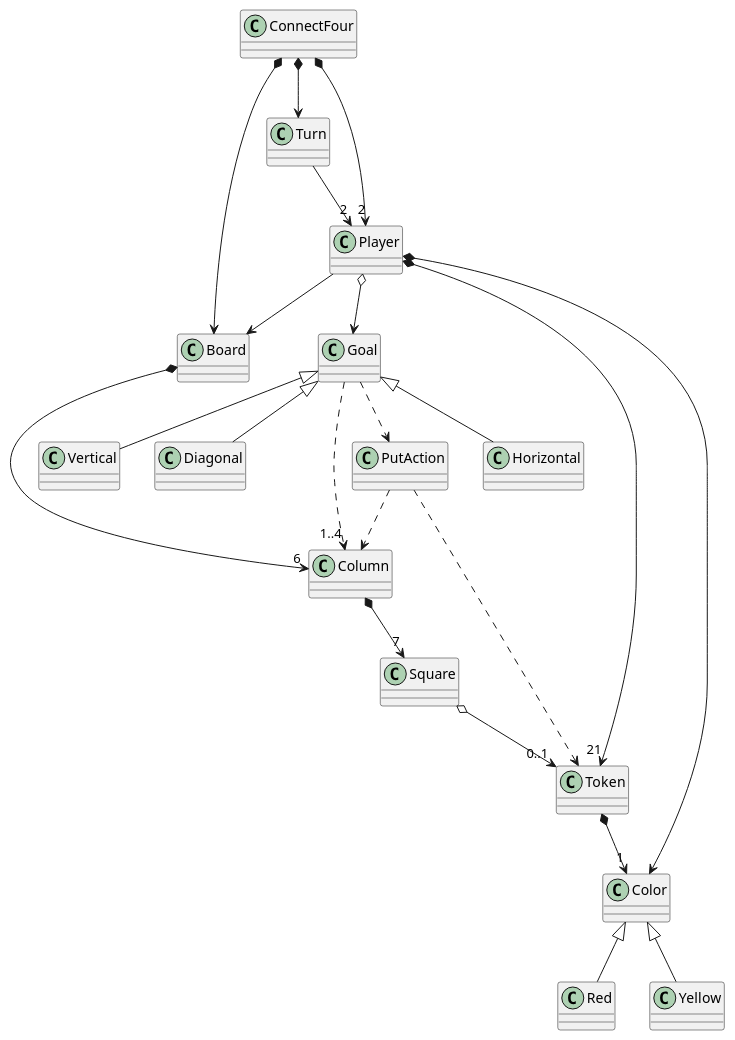
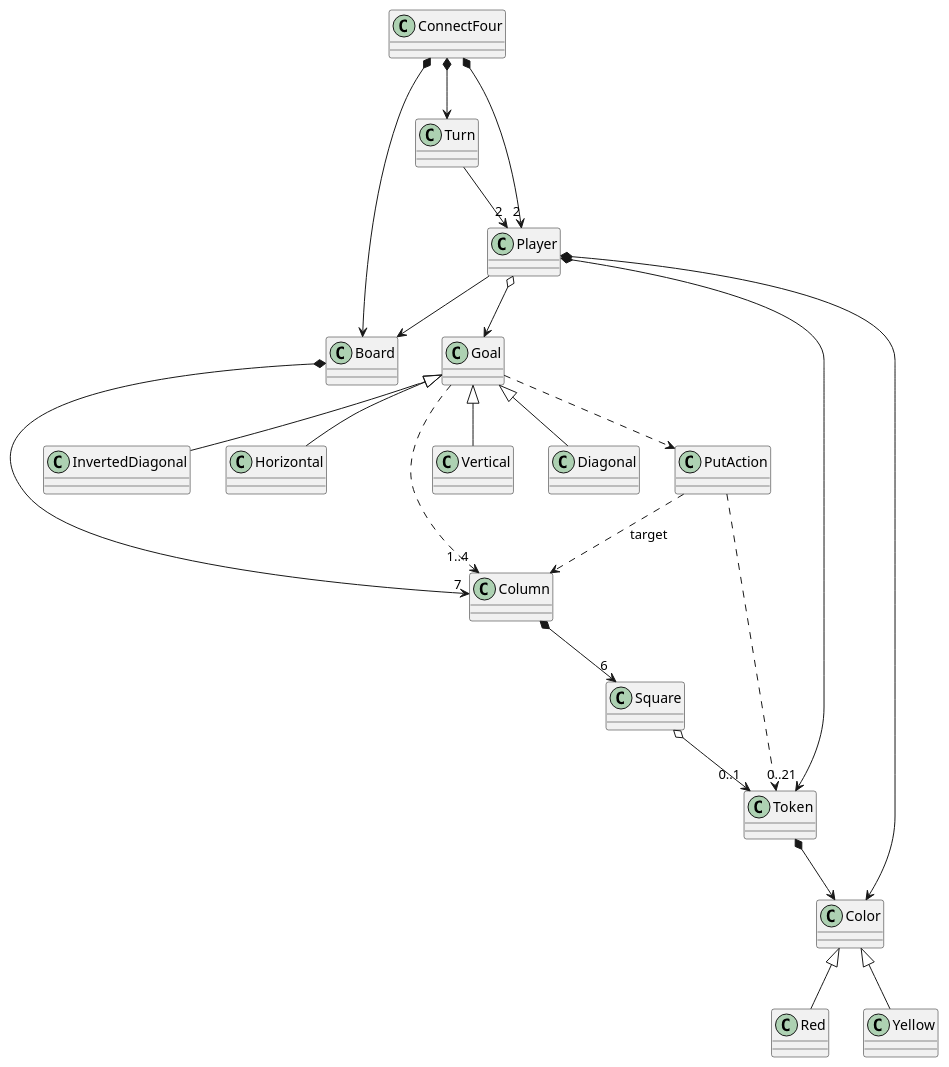
Before and after one commit to bate-ye-edo/IWVG-ConnectFour: the diagram in docs/src/domainModel.plantuml, drawn with PlantUML. The commit also changed 1 other file, not shown here.

```diff
--- a/docs/src/domainModel.plantuml
+++ b/docs/src/domainModel.plantuml
@@ -1,44 +1,46 @@
 @startuml
 
 
 class ConnectFour
 class Player
 class Board
 class Goal
 class Token
 class Turn
 class Horizontal
 class Vertical
 class Diagonal
+class InvertedDiagonal
 class Color
 class Square
 class Red
 class Yellow
 class PutAction
 class Column
 
 ConnectFour  *-down-> Board 
 ConnectFour  *-down-> "2" Player
 ConnectFour *-down-> Turn
 Turn -down-> "2" Player
-Board *-down-> "6" Column
+Board *-down-> "7" Column
 Square o--> "0..1" Token
-Player  *-down-> "21" Token
+Player  *-down-> "0..21" Token
 Player *-down-> Color
 Player --> Board
-Token *-down-> "1" Color
-Column *--> "7" Square 
+Token *-down-> Color
+Column *--> "6" Square 
 Color <|-- Red
 Color <|-- Yellow
 Goal <|-- Horizontal
 Goal <|-- Vertical
 Goal <|-- Diagonal
+Goal <|-- InvertedDiagonal
 
 
 Player o--> Goal
 Goal ..> PutAction
 Goal ..> "1..4" Column
 PutAction .right.> Token
-PutAction ..> Column
+PutAction ..> Column : "target"
 
 @enduml
```
